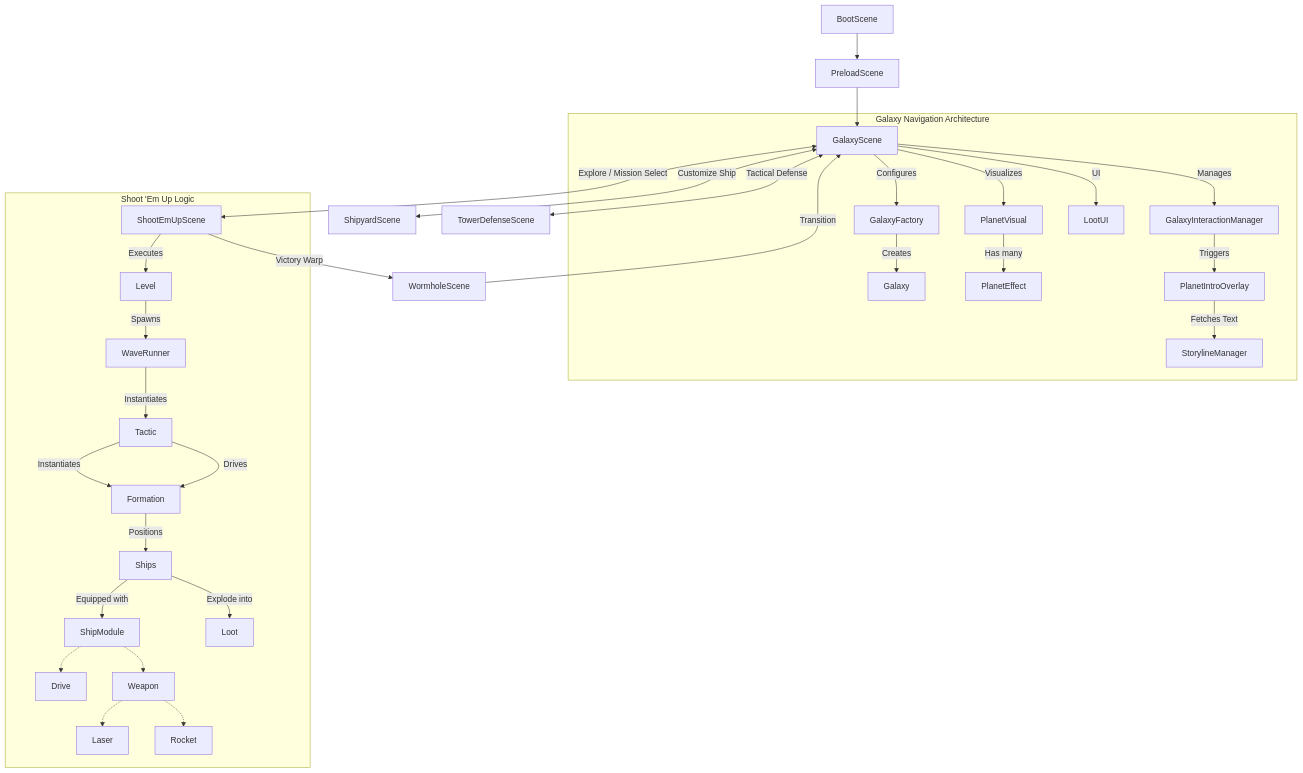
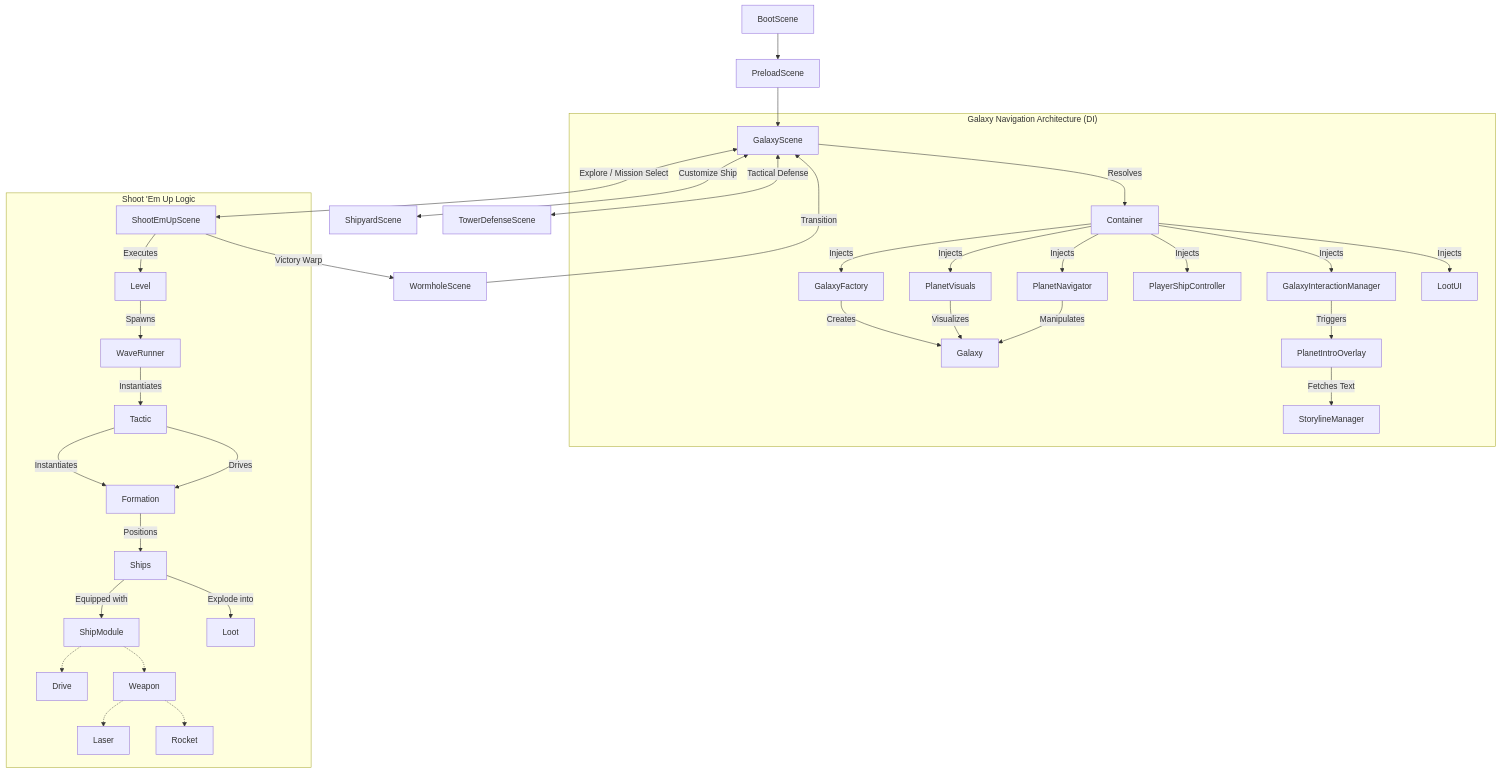
One commit to pkcpkc/laser-phaser changed the diagram in TECHNICAL_README.md. Above: the diagram before and after it, drawn with Mermaid. The commit also changed other lines of this file and 61 other files, not shown here.

Commit message:
feat: Implement DI container, player ship controller, combat, and module management with new locale handling and updated storylines.

````diff
--- a/TECHNICAL_README.md
+++ b/TECHNICAL_README.md
@@ -38,41 +38,46 @@
 ```mermaid
 graph TD
     %% Global Initial Flow
     BootScene --> PreloadScene
     PreloadScene --> GalaxyScene
-    
+
     %% Main Navigation
     GalaxyScene <--> |"Explore / Mission Select"| ShootEmUpScene
     GalaxyScene <--> |"Customize Ship"| ShipyardScene
     GalaxyScene <--> |"Tactical Defense"| TowerDefenseScene
-    
+
     %% Warp Mechanics
     ShootEmUpScene --> |"Victory Warp"| WormholeScene
     WormholeScene --> |"Transition"| GalaxyScene
-    
-    subgraph "Galaxy Navigation Architecture"
-        GalaxyScene --> |"Configures"| GalaxyFactory
+
+    subgraph "Galaxy Navigation Architecture (DI)"
+        GalaxyScene --> |"Resolves"| Container
+        Container --> |"Injects"| GalaxyFactory
+        Container --> |"Injects"| PlanetVisuals
+        Container --> |"Injects"| GalaxyInteractionManager
+        Container --> |"Injects"| PlayerShipController
+        Container --> |"Injects"| PlanetNavigator
+        Container --> |"Injects"| LootUI
+        
         GalaxyFactory --> |"Creates"| Galaxy
-        GalaxyScene --> |"Visualizes"| PlanetVisual
-        PlanetVisual --> |"Has many"| PlanetEffect
-        GalaxyScene --> |"Manages"| GalaxyInteractionManager
-        GalaxyScene --> |"UI"| LootUI
+        PlanetVisuals --> |"Visualizes"| Galaxy
+        PlanetNavigator --> |"Manipulates"| Galaxy
         GalaxyInteractionManager --> |"Triggers"| PlanetIntroOverlay
         PlanetIntroOverlay --> |"Fetches Text"| StorylineManager
     end
 
     subgraph "Shoot 'Em Up Logic"
         ShootEmUpScene --> |"Executes"| Level
         Level --> |"Spawns"| WaveRunner
         WaveRunner --> |"Instantiates"| Tactic
         Tactic --> |"Instantiates"| Formation
         Tactic --> |"Drives"| Formation
         Formation --> |"Positions"| Ships
         Ships --> |"Equipped with"| ShipModule
         ShipModule -.-> Drive
         ShipModule -.-> Weapon
         Weapon -.-> Laser
         Weapon -.-> Rocket
         Ships --> |"Explode into"| Loot
     end
 ```
````
